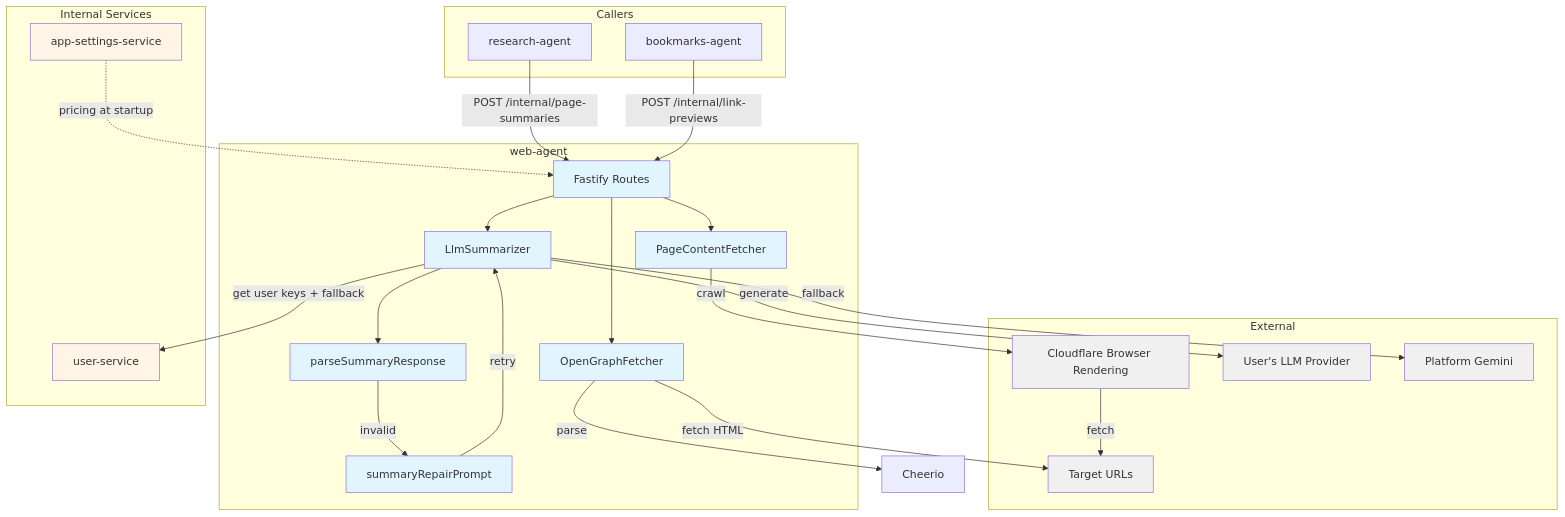
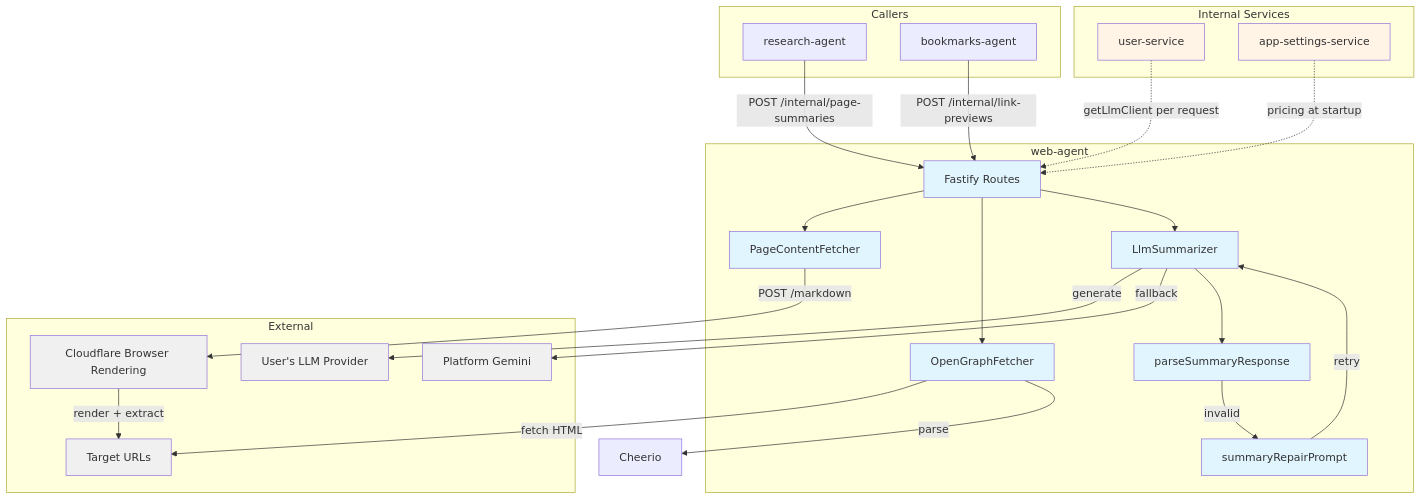
The first of 2 diagrams in docs/services/web-agent/technical.md (pbuchman/intexuraos), drawn with Mermaid before and after one commit. The commit also changed other lines of this file and 154 other files, not shown here.

````diff
--- a/docs/services/web-agent/technical.md
+++ b/docs/services/web-agent/technical.md
@@ -11,58 +11,58 @@
 ```mermaid
 graph TB
     subgraph "Callers"
         RA[research-agent]
         BA[bookmarks-agent]
     end
 
     subgraph "web-agent"
         Routes[Fastify Routes]
         PCF[PageContentFetcher]
         LLM[LlmSummarizer]
         OGF[OpenGraphFetcher]
         Parser[parseSummaryResponse]
         Repair[summaryRepairPrompt]
     end
 
     subgraph "External"
         CF[Cloudflare Browser Rendering]
         UserLLM[User's LLM Provider]
         PlatformLLM[Platform Gemini]
         Target[Target URLs]
     end
 
     subgraph "Internal Services"
         US[user-service]
         AS[app-settings-service]
     end
 
     RA -->|POST /internal/page-summaries| Routes
     BA -->|POST /internal/link-previews| Routes
 
     Routes --> PCF
     Routes --> OGF
 
-    PCF -->|crawl| CF
-    CF -->|fetch| Target
+    PCF -->|POST /markdown| CF
+    CF -->|render + extract| Target
 
     Routes --> LLM
-    LLM -->|get user keys + fallback| US
     LLM -->|generate| UserLLM
     LLM -->|fallback| PlatformLLM
     LLM --> Parser
     Parser -->|invalid| Repair
     Repair -->|retry| LLM
 
     OGF -->|fetch HTML| Target
     OGF -->|parse| Cheerio[Cheerio]
 
+    US -.->|getLlmClient per request| Routes
     AS -.->|pricing at startup| Routes
 
     classDef service fill:#e1f5ff
     classDef external fill:#f0f0f0
     classDef internal fill:#fff4e6
 
     class Routes,PCF,LLM,OGF,Parser,Repair service
     class CF,UserLLM,PlatformLLM,Target external
     class US,AS internal
 ```
````
